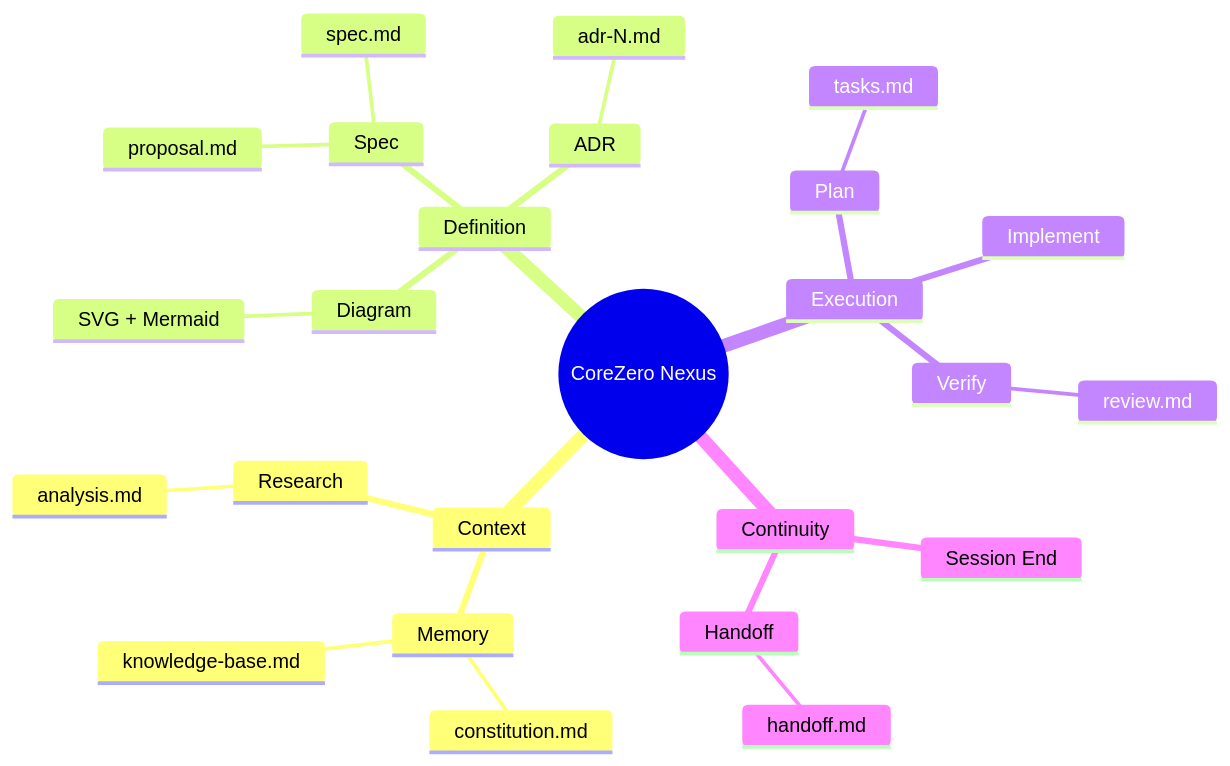
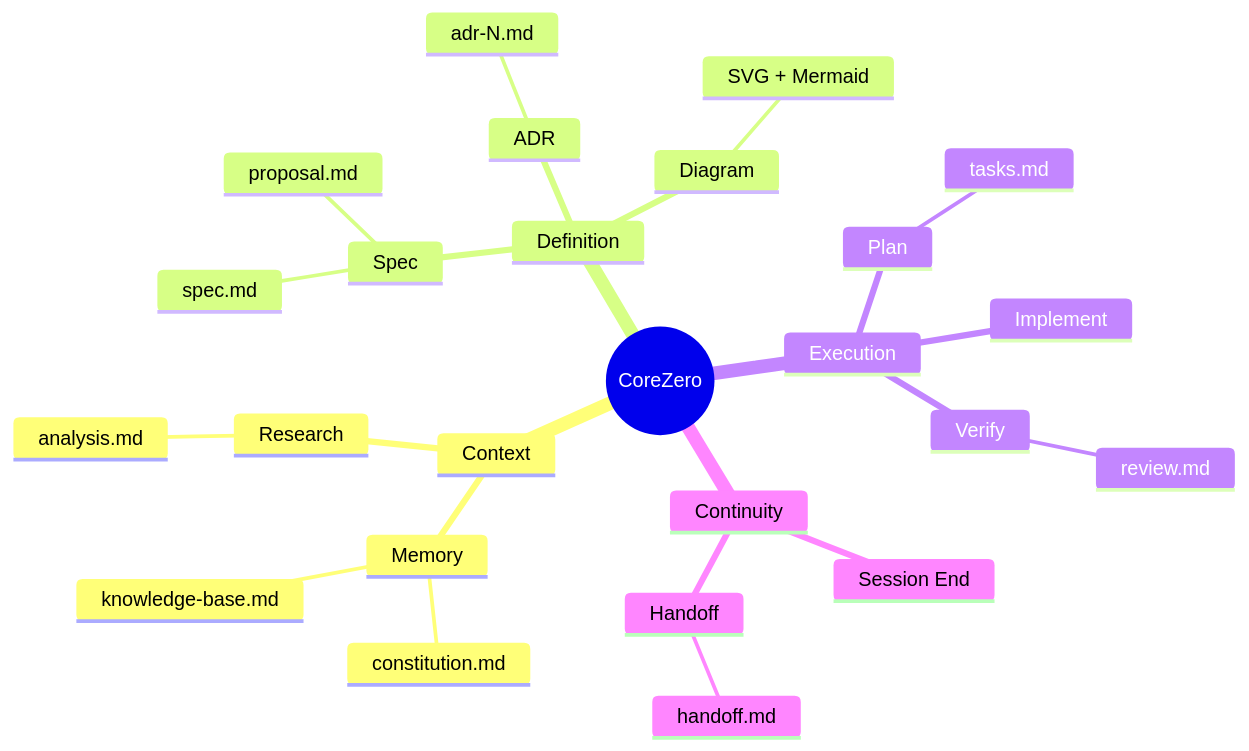
One commit to thaihai-swe/CoreZero-Nexus changed the seventh of 12 diagrams in kit/skills/utilities/visualize/references/formats-multi.md. Above: the diagram before and after it, drawn with Mermaid. The commit also changed other lines of this file and 95 other files, not shown here.

First line of the commit message:
Refactor documentation and scripts for CoreZero

````diff
--- a/kit/skills/utilities/visualize/references/formats-multi.md
+++ b/kit/skills/utilities/visualize/references/formats-multi.md
@@ -208,28 +208,28 @@
 ```mermaid
 mindmap
-  root((CoreZero Nexus))
+  root((CoreZero))
     Context
       Memory
         constitution.md
         knowledge-base.md
       Research
         analysis.md
     Definition
       Spec
         proposal.md
         spec.md
       Diagram
         SVG + Mermaid
       ADR
         adr-N.md
     Execution
       Plan
         tasks.md
       Implement
       Verify
         review.md
     Continuity
       Session End
       Handoff
         handoff.md
 ```
````
